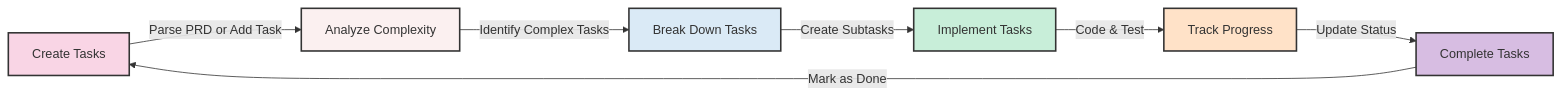
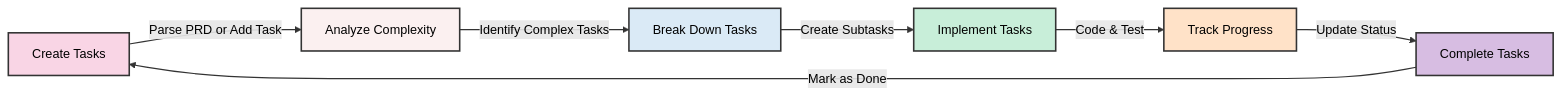
One commit to colours93/cursor_workflow changed the first of 2 diagrams in docs/QUICK-START.md. Above: the diagram before and after it, drawn with Mermaid. The commit also changed other lines of this file and 1 other file, not shown here.

Commit message:
Improve diagram readability by changing text color to black

````diff
--- a/docs/QUICK-START.md
+++ b/docs/QUICK-START.md
@@ -83,16 +83,18 @@
 ```mermaid
 graph LR
     A[Create Tasks] -->|Parse PRD or Add Task| B[Analyze Complexity]
     B -->|Identify Complex Tasks| C[Break Down Tasks]
     C -->|Create Subtasks| D[Implement Tasks]
     D -->|Code & Test| E[Track Progress]
     E -->|Update Status| F[Complete Tasks]
     F -->|Mark as Done| A
     
-    style A fill:#f9d5e5,stroke:#333,stroke-width:2px
-    style B fill:#fbf0f0,stroke:#333,stroke-width:2px
-    style C fill:#daeaf6,stroke:#333,stroke-width:2px
-    style D fill:#c8eed9,stroke:#333,stroke-width:2px
-    style E fill:#ffe2c8,stroke:#333,stroke-width:2px
-    style F fill:#d7bde2,stroke:#333,stroke-width:2px
+    style A fill:#f9d5e5,stroke:#333,stroke-width:2px,color:black
+    style B fill:#fbf0f0,stroke:#333,stroke-width:2px,color:black
+    style C fill:#daeaf6,stroke:#333,stroke-width:2px,color:black
+    style D fill:#c8eed9,stroke:#333,stroke-width:2px,color:black
+    style E fill:#ffe2c8,stroke:#333,stroke-width:2px,color:black
+    style F fill:#d7bde2,stroke:#333,stroke-width:2px,color:black
+    
+    linkStyle default stroke:#333,stroke-width:1.5px,color:black
 ```
````
